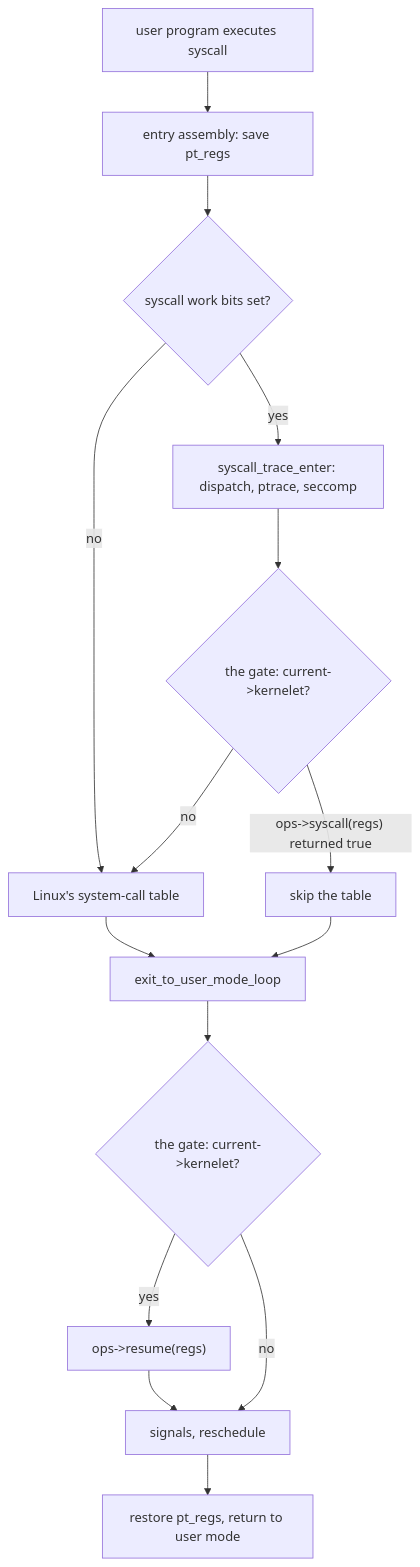
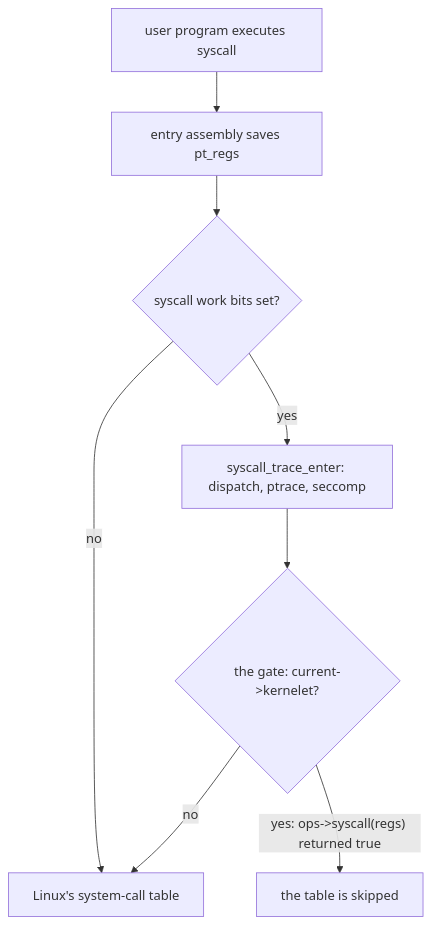
The first of 2 diagrams in src/the-gate.md (Plucky923/kernelet), drawn with Mermaid before and after one commit. The commit also changed other lines of this file and 12 other files, not shown here.

````diff
--- a/src/the-gate.md
+++ b/src/the-gate.md
@@ -19,17 +21,10 @@
 ```mermaid
 flowchart TB
-    u[user program executes syscall] --> e[entry assembly: save pt_regs]
+    u[user program executes syscall] --> e[entry assembly saves pt_regs]
     e --> w{syscall work bits set?}
     w -- no --> t[Linux's system-call table]
     w -- yes --> s[syscall_trace_enter: dispatch, ptrace, seccomp]
     s --> g{"the gate: current->kernelet?"}
-    g -- "no" --> t
-    g -- "ops->syscall(regs) returned true" --> x[skip the table]
-    t --> x2[exit_to_user_mode_loop]
-    x --> x2
-    x2 --> r{"the gate: current->kernelet?"}
-    r -- yes --> h["ops->resume(regs)"]
-    h --> sig[signals, reschedule]
-    r -- no --> sig
-    sig --> back[restore pt_regs, return to user mode]
+    g -- no --> t
+    g -- "yes: ops->syscall(regs) returned true" --> x[the table is skipped]
 ```
````
